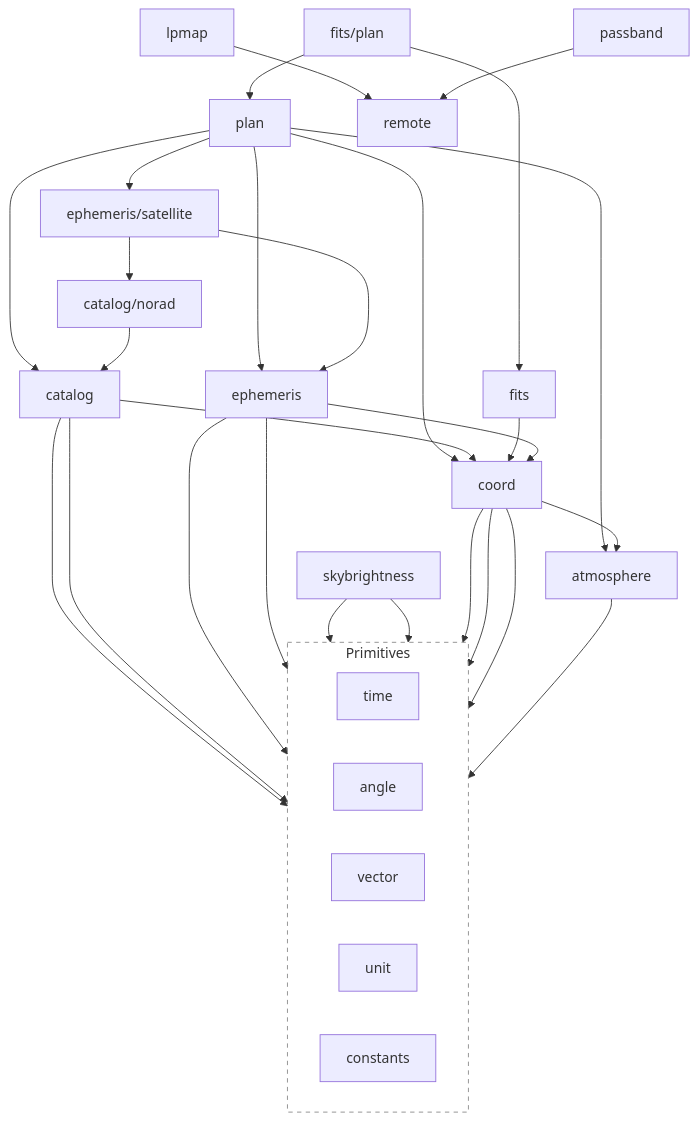
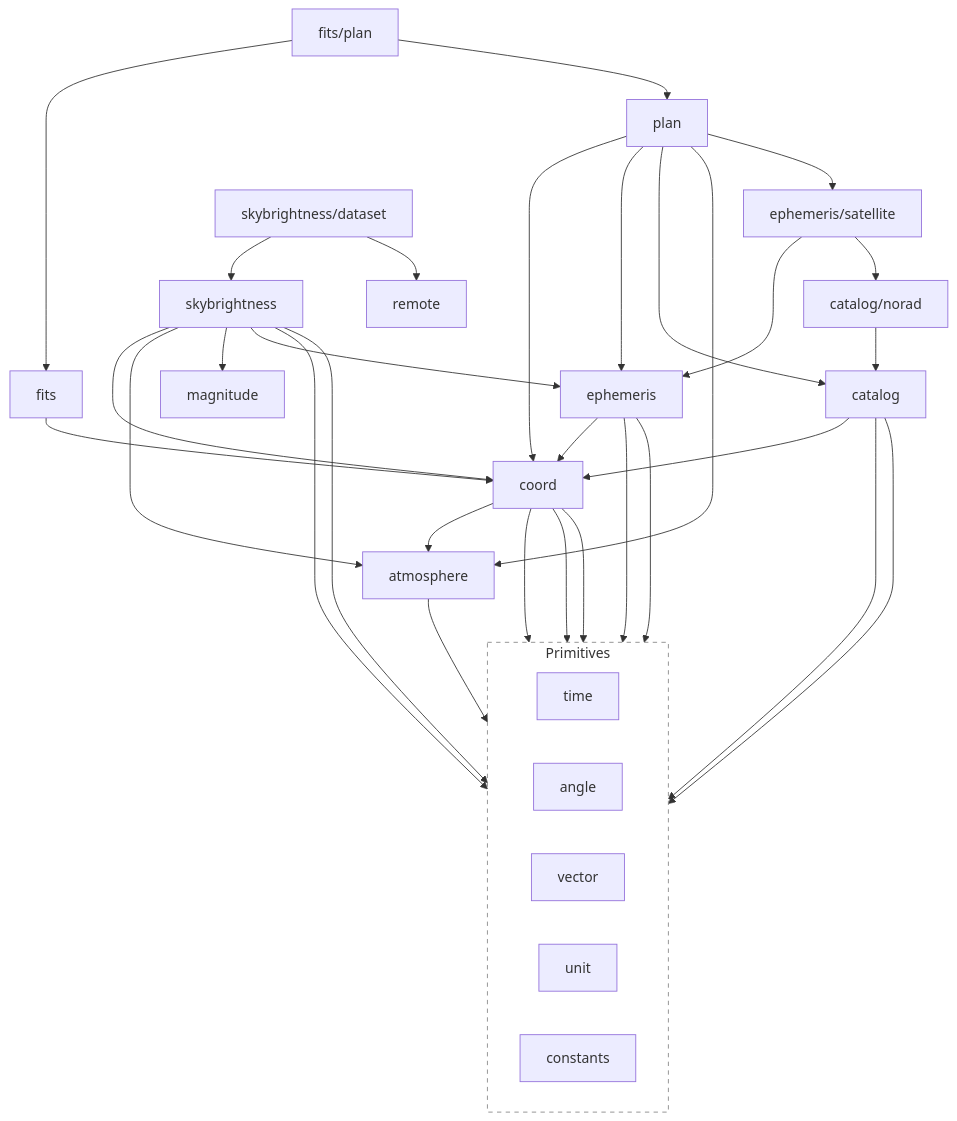
The diagram in README.md (TuSKan/astrogo), drawn with Mermaid before and after one commit. The commit also changed other lines of this file and 4 other files, not shown here.

````diff
--- a/README.md
+++ b/README.md
@@ -544,63 +544,68 @@
 ```mermaid
 flowchart TD
     %% High-level Orchestration
     plan[plan]
     catalog[catalog]
     fitsplan["fits/plan"]
 
     %% Scientific Engines
     ephemeris[ephemeris]
     coord[coord]
     atmosphere[atmosphere]
     fits[fits]
     skybrightness[skybrightness]
 
     %% Data Providers
 
     %% Primitive Foundation
     subgraph Primitives
         direction LR
         time[time]
         angle[angle]
         vector[vector]
         unit[unit]
         constants[constants]
     end
 
     %% Dependency mappings (Top-Down: A imports B)
     plan --> coord
     plan --> ephemeris
     plan --> catalog
     plan --> atmosphere
 
     fitsplan --> fits
     fitsplan --> plan
 
     catalog --> coord
     catalog --> time
     catalog --> angle
 
     fits --> coord
 
     ephemeris --> time
     ephemeris --> vector
     ephemeris --> coord
     satellite["ephemeris/satellite"] --> ephemeris
     satellite --> norad
     norad["catalog/norad"] --> catalog
     plan --> satellite
 
     skybrightness --> angle
     skybrightness --> unit
-    lpmap --> remote
-    passband --> remote
+    skybrightness --> coord
+    skybrightness --> atmosphere
+    skybrightness --> magnitude
+    skybrightness --> ephemeris
+
+    sbdata["skybrightness/dataset"] --> skybrightness
+    sbdata --> remote
 
     coord --> atmosphere
     coord --> time
     coord --> vector
     coord --> angle
 
     atmosphere --> angle
 
     style Primitives fill:transparent,stroke:#888,stroke-dasharray: 5 5
 ```
````
